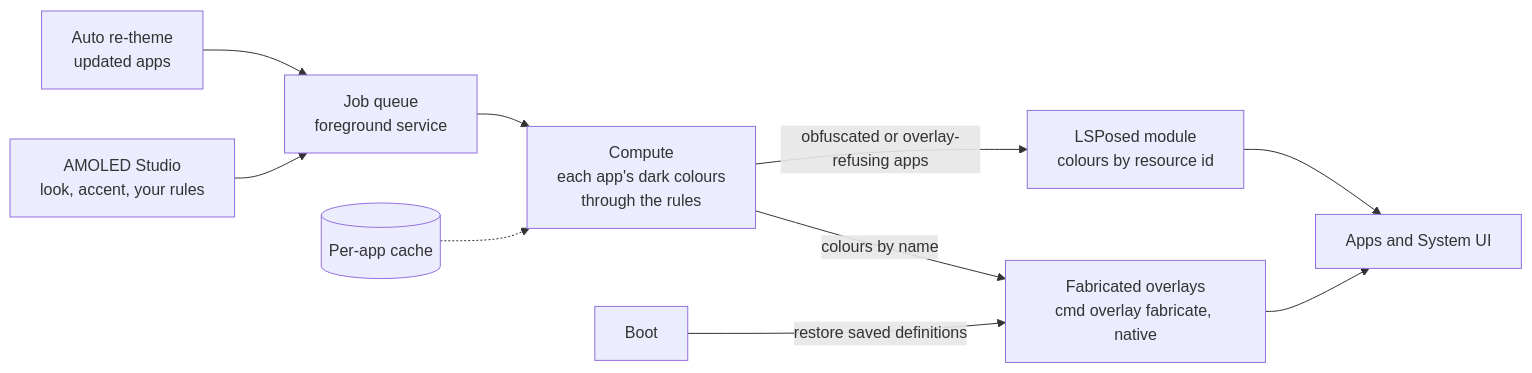
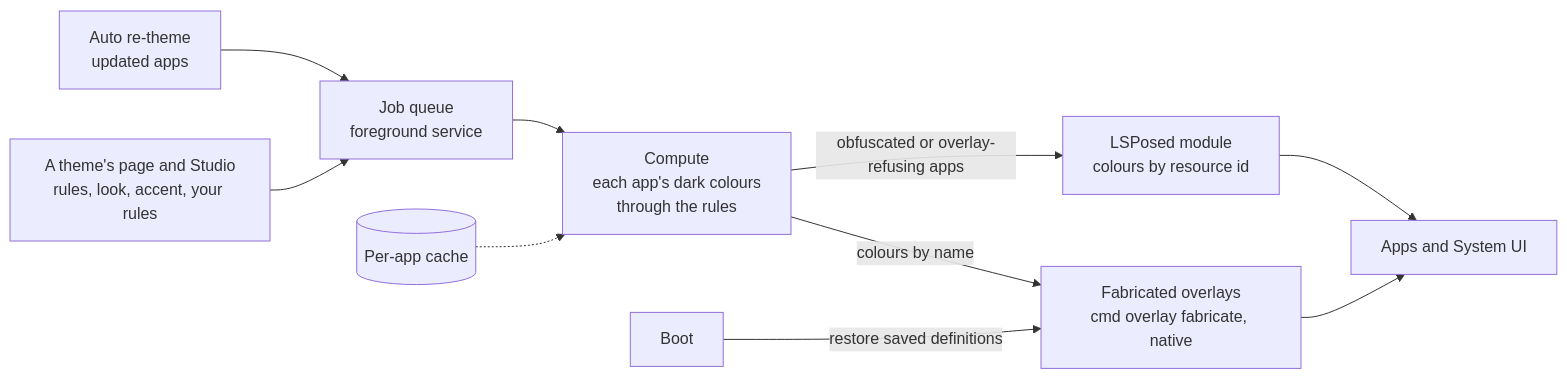
Before and after one commit to fahadalijaved/SubstratumReborn: the diagram in README.md, drawn with Mermaid. The commit also changed other lines of this file and 43 other files, not shown here.

Commit message:
Reborn 2.2: themes first (new tabs, theme pages, Reborn AMOLED as a built-in theme)

````diff
--- a/README.md
+++ b/README.md
@@ -74,12 +78,12 @@
 ```mermaid
 flowchart LR
-    Studio["AMOLED Studio<br/>look, accent, your rules"] --> Queue["Job queue<br/>foreground service"]
+    Studio["A theme's page and Studio<br/>rules, look, accent, your rules"] --> Queue["Job queue<br/>foreground service"]
     Watch["Auto re-theme<br/>updated apps"] --> Queue
     Queue --> Compute["Compute<br/>each app's dark colours<br/>through the rules"]
     Cache[("Per-app cache")] -.-> Compute
     Compute -->|"colours by name"| Fabricated["Fabricated overlays<br/>cmd overlay fabricate, native"]
     Compute -->|"obfuscated or overlay-refusing apps"| Module["LSPosed module<br/>colours by resource id"]
     Fabricated --> Apps["Apps and System UI"]
     Module --> Apps
     Boot["Boot"] -->|"restore saved definitions"| Fabricated
 ```
````
